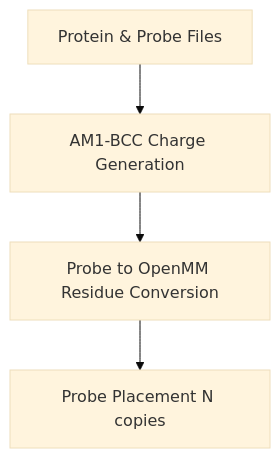
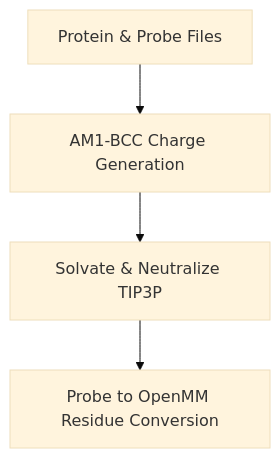
The second of 5 diagrams in Frag_to_lead_4MZI/README.md (marcuswangweihow/FBDD), drawn with Mermaid (base theme) before and after one commit. The commit also changed other lines of this file, not shown here.

````diff
--- a/Frag_to_lead_4MZI/README.md
+++ b/Frag_to_lead_4MZI/README.md
@@ -116,6 +116,6 @@
 ```mermaid
 flowchart TD
     A[Protein & Probe Files] --> B[AM1-BCC Charge Generation] 
-    B --> C[Probe to OpenMM Residue Conversion] 
-    C --> D[Probe Placement N copies]
+    B --> C[Solvate & Neutralize TIP3P]
+    C --> D[Probe to OpenMM Residue Conversion]
 ```
````
